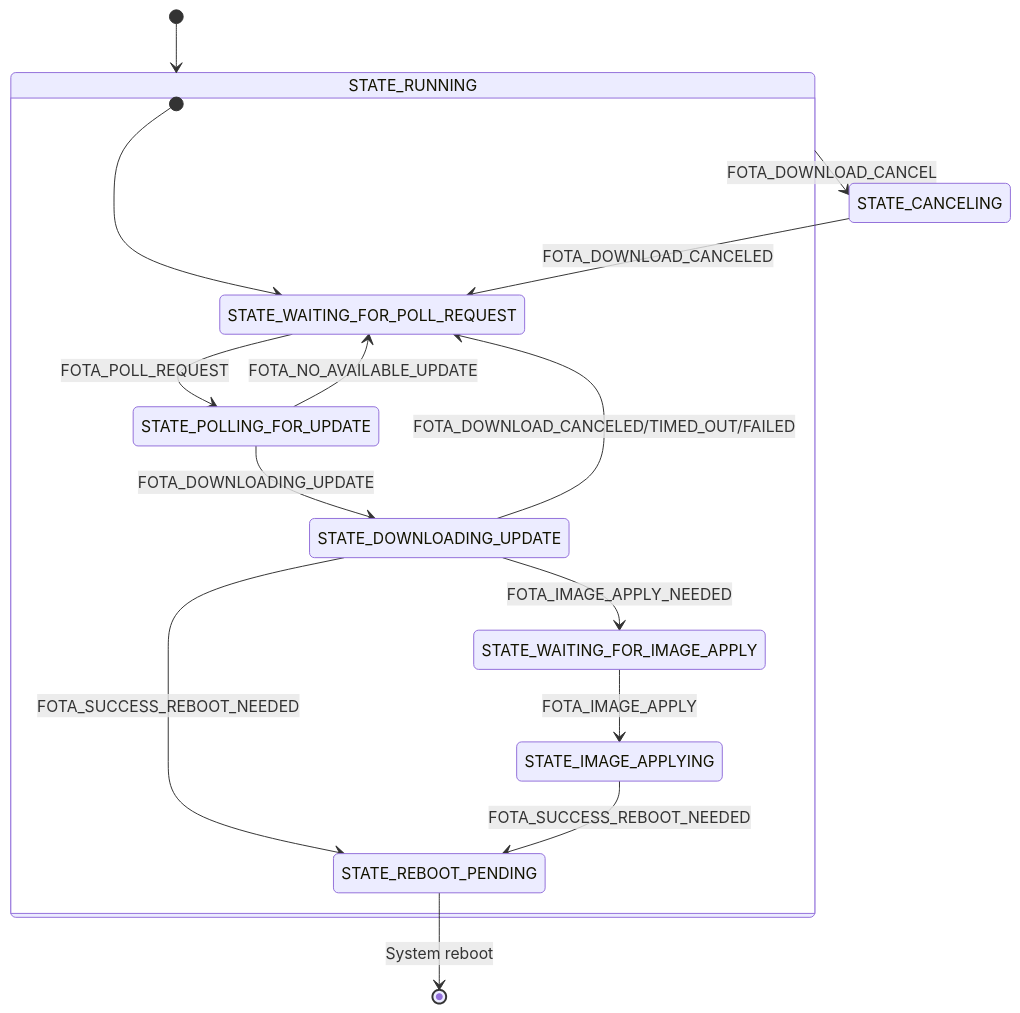
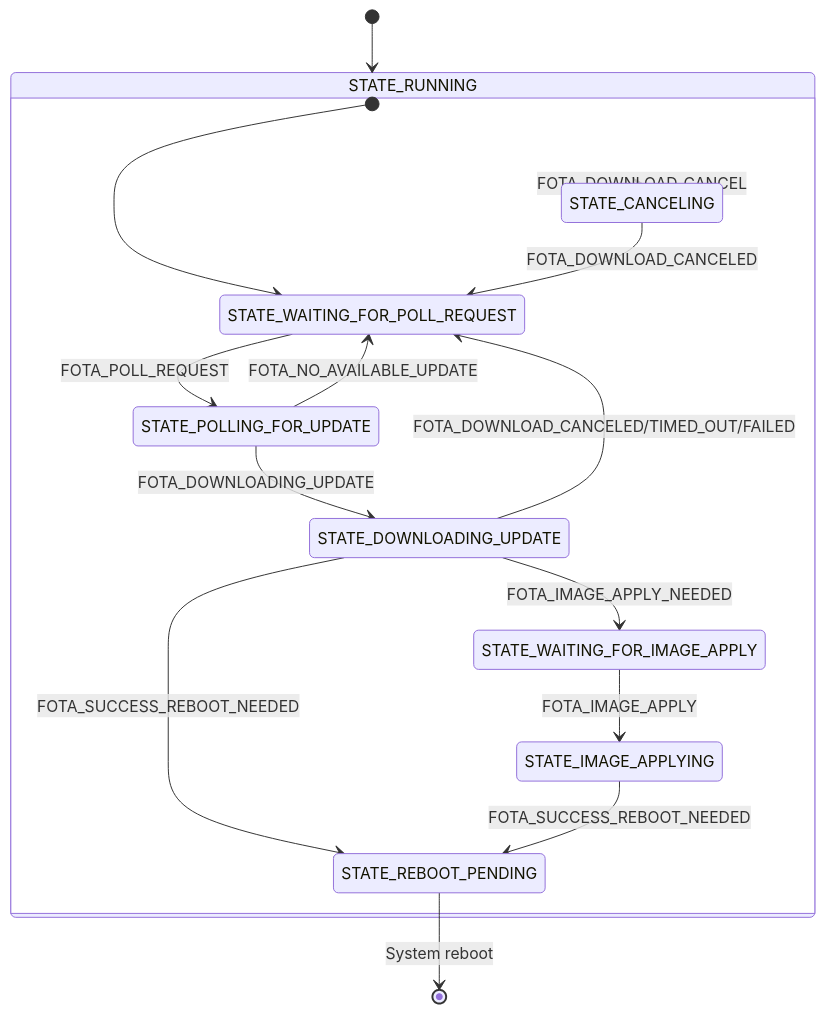
One commit to nrfconnect/Asset-Tracker-Template changed the diagram in docs/modules/fota.md. Above: the diagram before and after it, drawn with Mermaid. The commit also changed other lines of this file, not shown here.

Commit message:
docs: Fix FOTA state diagram
Fix error in state diagram.

````diff
--- a/docs/modules/fota.md
+++ b/docs/modules/fota.md
@@ -46,26 +47,27 @@
 ```mermaid
 stateDiagram-v2
     [*] --> STATE_RUNNING
 
     state STATE_RUNNING {
         [*] --> STATE_WAITING_FOR_POLL_REQUEST
 
         STATE_WAITING_FOR_POLL_REQUEST --> STATE_POLLING_FOR_UPDATE : FOTA_POLL_REQUEST
 
         STATE_POLLING_FOR_UPDATE --> STATE_DOWNLOADING_UPDATE : FOTA_DOWNLOADING_UPDATE
         STATE_POLLING_FOR_UPDATE --> STATE_WAITING_FOR_POLL_REQUEST : FOTA_NO_AVAILABLE_UPDATE
 
         STATE_DOWNLOADING_UPDATE --> STATE_WAITING_FOR_IMAGE_APPLY : FOTA_IMAGE_APPLY_NEEDED
         STATE_DOWNLOADING_UPDATE --> STATE_REBOOT_PENDING : FOTA_SUCCESS_REBOOT_NEEDED
         STATE_DOWNLOADING_UPDATE --> STATE_WAITING_FOR_POLL_REQUEST : FOTA_DOWNLOAD_CANCELED/TIMED_OUT/FAILED
 
         STATE_WAITING_FOR_IMAGE_APPLY --> STATE_IMAGE_APPLYING : FOTA_IMAGE_APPLY
 
         STATE_IMAGE_APPLYING --> STATE_REBOOT_PENDING : FOTA_SUCCESS_REBOOT_NEEDED
+
+        STATE_CANCELING --> STATE_WAITING_FOR_POLL_REQUEST : FOTA_DOWNLOAD_CANCELED
     }
 
     STATE_RUNNING --> STATE_CANCELING : FOTA_DOWNLOAD_CANCEL
-    STATE_CANCELING --> STATE_WAITING_FOR_POLL_REQUEST : FOTA_DOWNLOAD_CANCELED
 
     STATE_REBOOT_PENDING --> [*] : System reboot
 ```
````
